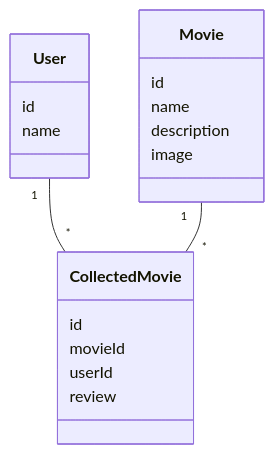
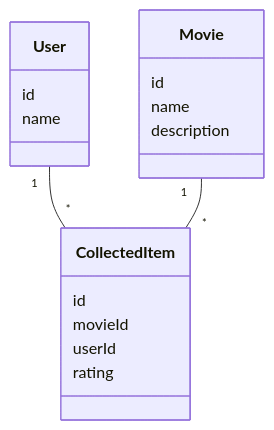
One commit to tiikerikakku/harkka changed the first of 2 diagrams in dokumentaatio/arkkitehtuuri.md. Above: the diagram before and after it, drawn with Mermaid. The commit also changed other lines of this file and 6 other files, not shown here.

````diff
--- a/dokumentaatio/arkkitehtuuri.md
+++ b/dokumentaatio/arkkitehtuuri.md
@@ -7,24 +7,23 @@
 ```mermaid
   classDiagram
-    User "1" -- "*" CollectedMovie
-    Movie "1" -- "*" CollectedMovie
+    User "1" -- "*" CollectedItem
+    Movie "1" -- "*" CollectedItem
 
   class User {
     id
     name
   }
 
   class Movie {
     id
     name
     description
-    image
   }
 
-  class CollectedMovie {
+  class CollectedItem {
     id
     movieId
     userId
-    review
+    rating
   }
 ```
````
